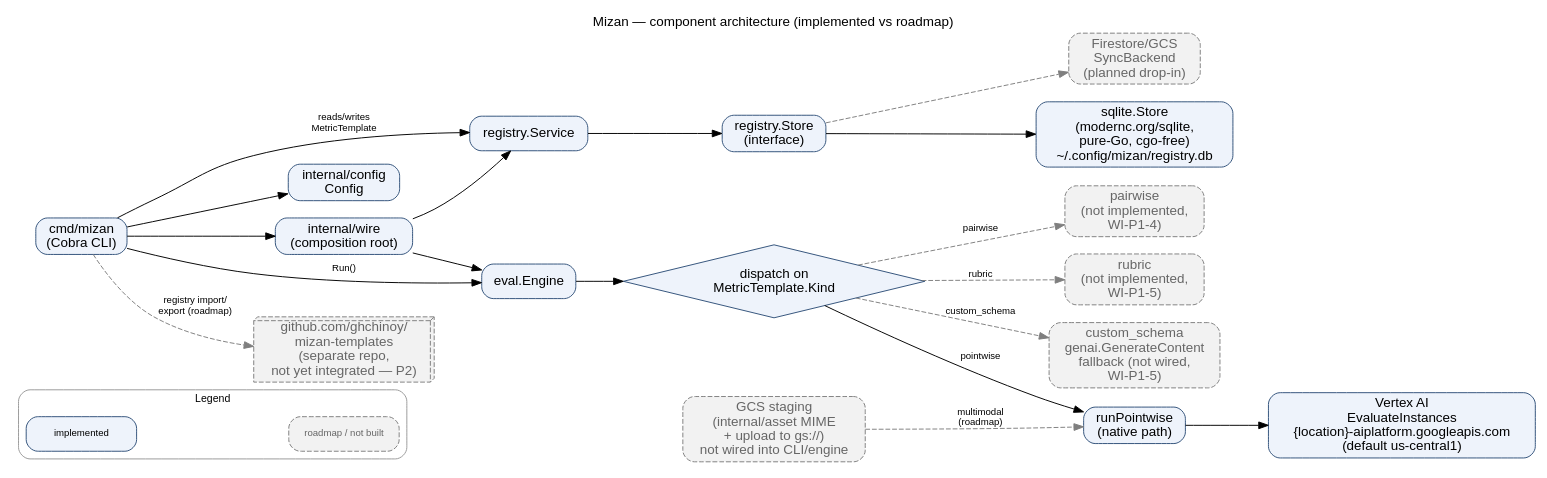
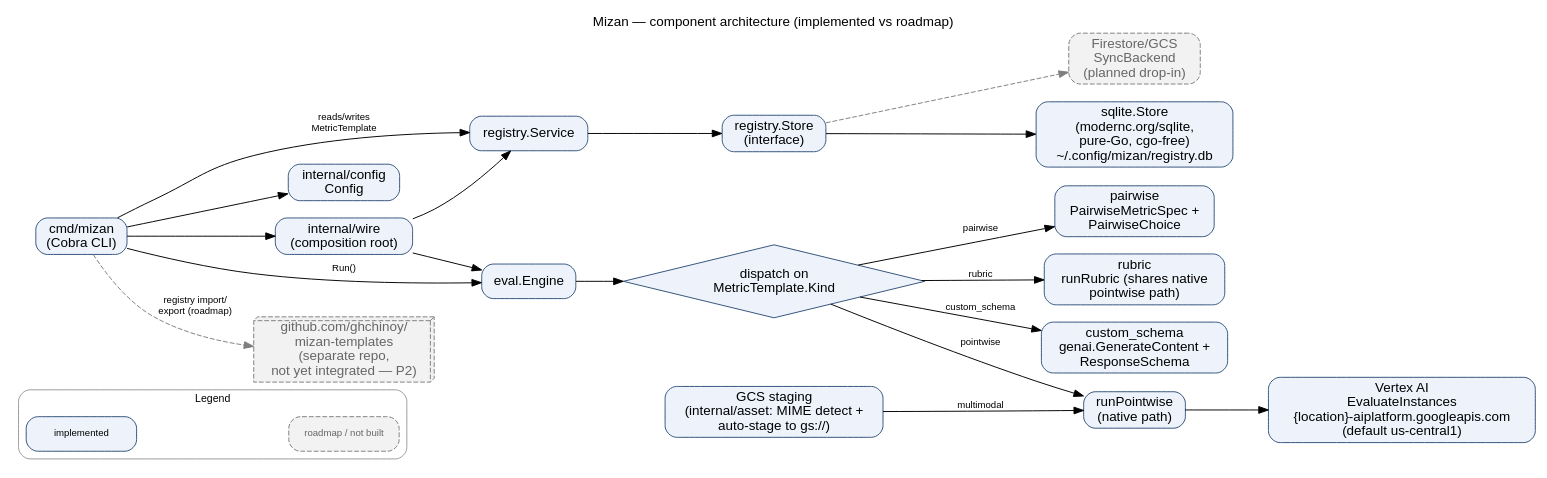
The diagram in docs/diagrams/component-architecture.dot (ghchinoy/mizan), drawn with Graphviz before and after one commit. The commit also changed 6 other files, not shown here.

```diff
--- a/docs/diagrams/component-architecture.dot
+++ b/docs/diagrams/component-architecture.dot
@@ -1,71 +1,71 @@
 digraph MizanComponents {
   // Mizan component/architecture diagram.
   // Solid = implemented and verified working today.
   // Dashed/grey = roadmap, not built yet.
   rankdir=LR;
   fontname="Helvetica";
   node [fontname="Helvetica", shape=box, style="rounded,filled", fillcolor="#eef3fb", color="#31517a"];
   edge [fontname="Helvetica", fontsize=10];
 
   labelloc="t";
   label="Mizan — component architecture (implemented vs roadmap)";
 
   // Legend
   subgraph cluster_legend {
     label="Legend";
     fontsize=11;
     style="rounded";
     color="#999999";
     node [shape=box, fontsize=10, width=1.6];
     legend_impl [label="implemented", style="rounded,filled", fillcolor="#eef3fb", color="#31517a"];
     legend_road [label="roadmap / not built", style="rounded,dashed,filled", fillcolor="#f2f2f2", color="gray50", fontcolor="gray40"];
     legend_impl -> legend_road [style=invis];
   }
 
   cli [label="cmd/mizan\n(Cobra CLI)"];
   wire [label="internal/wire\n(composition root)"];
   config [label="internal/config\nConfig"];
   regsvc [label="registry.Service"];
   engine [label="eval.Engine"];
 
   cli -> wire;
   wire -> regsvc;
   wire -> engine;
   cli -> config;
   cli -> regsvc [label="reads/writes\nMetricTemplate"];
   cli -> engine [label="Run()"];
 
   // Registry store side
   store_iface [label="registry.Store\n(interface)"];
   sqlite [label="sqlite.Store\n(modernc.org/sqlite,\npure-Go, cgo-free)\n~/.config/mizan/registry.db"];
   syncbackend [label="Firestore/GCS\nSyncBackend\n(planned drop-in)", style="rounded,dashed,filled", fillcolor="#f2f2f2", color="gray50", fontcolor="gray40"];
 
   regsvc -> store_iface;
   store_iface -> sqlite;
   store_iface -> syncbackend [style=dashed, color="gray50"];
 
   // Engine dispatch
   dispatch [label="dispatch on\nMetricTemplate.Kind", shape=diamond, style="filled", fillcolor="#eef3fb", color="#31517a"];
   engine -> dispatch;
 
   native [label="runPointwise\n(native path)"];
   evalinstances [label="Vertex AI\nEvaluateInstances\n{location}-aiplatform.googleapis.com\n(default us-central1)"];
   dispatch -> native [label="pointwise"];
   native -> evalinstances;
 
-  pairwise [label="pairwise\n(not implemented,\nWI-P1-4)", style="rounded,dashed,filled", fillcolor="#f2f2f2", color="gray50", fontcolor="gray40"];
-  rubric [label="rubric\n(not implemented,\nWI-P1-5)", style="rounded,dashed,filled", fillcolor="#f2f2f2", color="gray50", fontcolor="gray40"];
-  customschema [label="custom_schema\ngenai.GenerateContent\nfallback (not wired,\nWI-P1-5)", style="rounded,dashed,filled", fillcolor="#f2f2f2", color="gray50", fontcolor="gray40"];
+  pairwise [label="pairwise\nPairwiseMetricSpec +\nPairwiseChoice"];
+  rubric [label="rubric\nrunRubric (shares native\npointwise path)"];
+  customschema [label="custom_schema\ngenai.GenerateContent +\nResponseSchema"];
 
-  dispatch -> pairwise [style=dashed, color="gray50", label="pairwise"];
-  dispatch -> rubric [style=dashed, color="gray50", label="rubric"];
-  dispatch -> customschema [style=dashed, color="gray50", label="custom_schema"];
+  dispatch -> pairwise [label="pairwise"];
+  dispatch -> rubric [label="rubric"];
+  dispatch -> customschema [label="custom_schema"];
 
-  gcsstaging [label="GCS staging\n(internal/asset MIME\n+ upload to gs://)\nnot wired into CLI/engine", style="rounded,dashed,filled", fillcolor="#f2f2f2", color="gray50", fontcolor="gray40"];
-  gcsstaging -> native [style=dashed, color="gray50", label="multimodal\n(roadmap)"];
+  gcsstaging [label="GCS staging\n(internal/asset: MIME detect +\nauto-stage to gs://)"];
+  gcsstaging -> native [label="multimodal"];
 
   templates_repo [label="github.com/ghchinoy/\nmizan-templates\n(separate repo,\nnot yet integrated — P2)", shape=box3d, style="rounded,dashed,filled", fillcolor="#f2f2f2", color="gray50", fontcolor="gray40"];
   cli -> templates_repo [style=dashed, color="gray50", label="registry import/\nexport (roadmap)"];
 
   { rank=same; native; pairwise; rubric; customschema; }
 }
```
